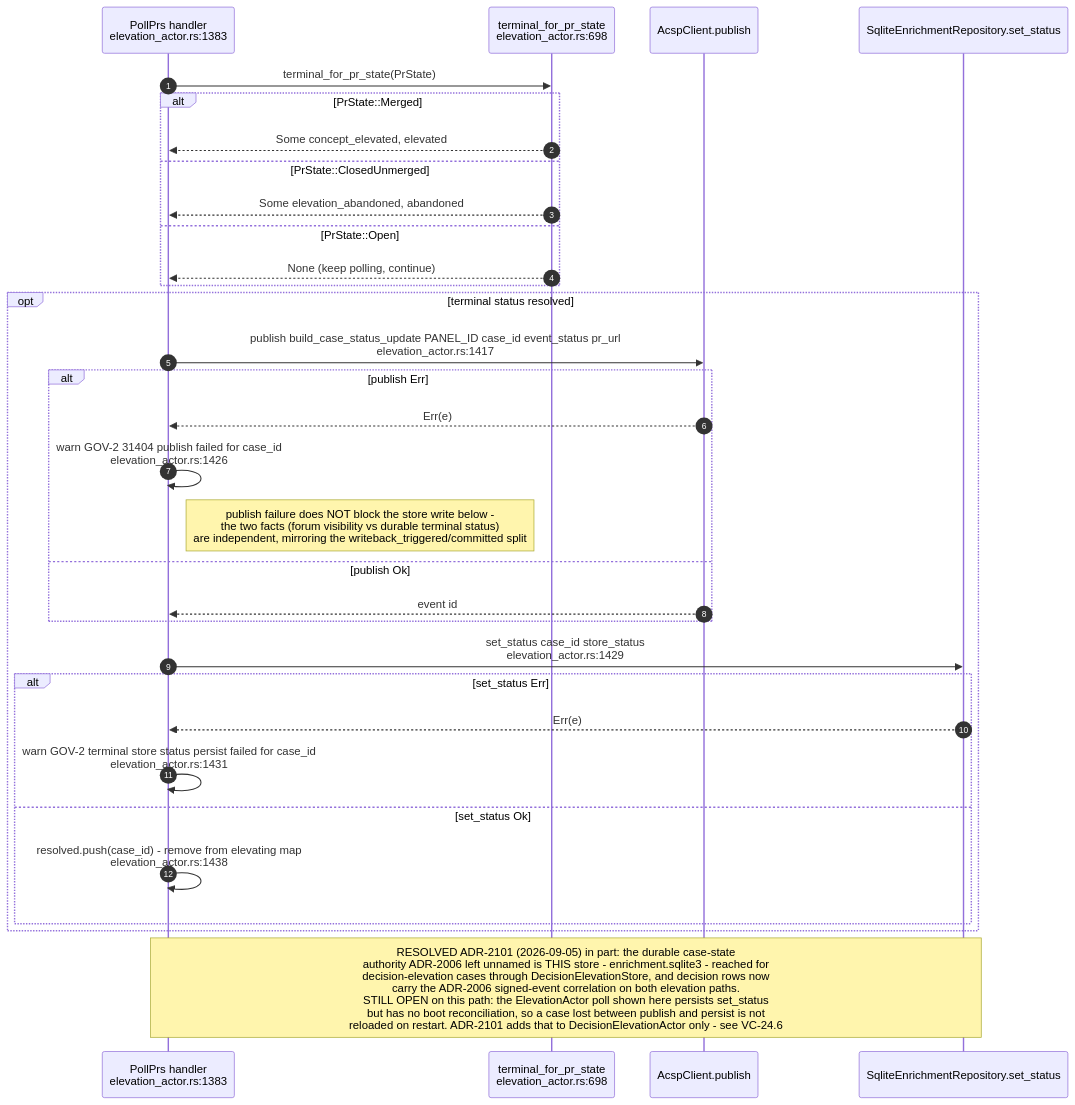
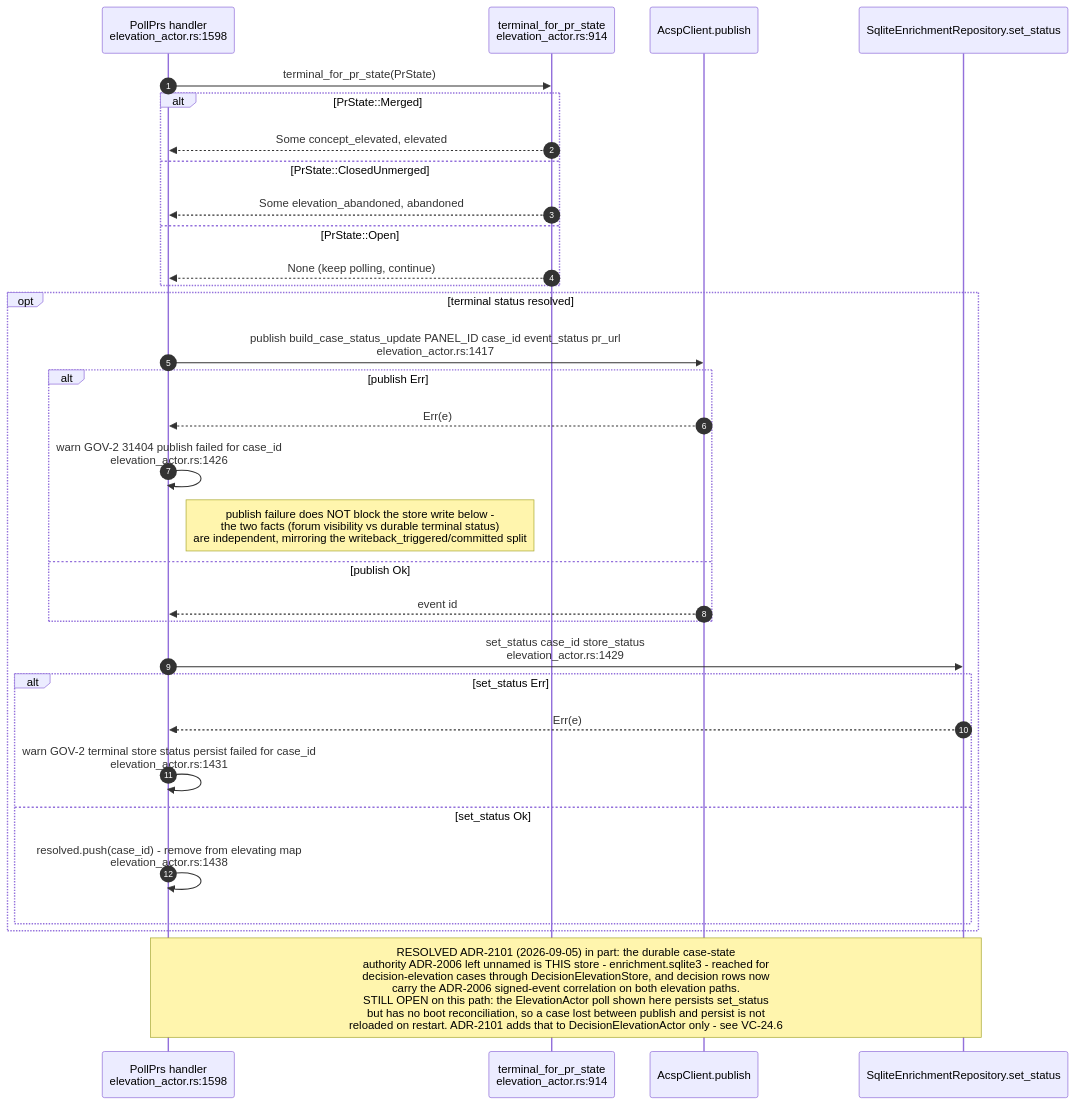
Before and after one commit to DreamLab-AI/VisionFlow: the fifth of 11 diagrams in docs/diagrams/visionclaw/24-acsp-decision-elevation.md, drawn with Mermaid. The commit also changed other lines of this file and 111 other files, not shown here.

Commit message:
docs(diagrams): align estate maps with current source

````diff
--- a/docs/diagrams/visionclaw/24-acsp-decision-elevation.md
+++ b/docs/diagrams/visionclaw/24-acsp-decision-elevation.md
@@ -198,34 +199,34 @@
 ```mermaid
 sequenceDiagram
     autonumber
-    participant POLL as PollPrs handler<br/>elevation_actor.rs:1383
-    participant MAP as terminal_for_pr_state<br/>elevation_actor.rs:698
+    participant POLL as PollPrs handler<br/>elevation_actor.rs:1598
+    participant MAP as terminal_for_pr_state<br/>elevation_actor.rs:914
     participant ACSP as AcspClient.publish
     participant REPO as SqliteEnrichmentRepository.set_status
     POLL->>MAP: terminal_for_pr_state(PrState)
     alt PrState::Merged
         MAP-->>POLL: Some concept_elevated, elevated
     else PrState::ClosedUnmerged
         MAP-->>POLL: Some elevation_abandoned, abandoned
     else PrState::Open
         MAP-->>POLL: None (keep polling, continue)
     end
     opt terminal status resolved
         POLL->>ACSP: publish build_case_status_update PANEL_ID case_id event_status pr_url<br/>elevation_actor.rs:1417
         alt publish Err
             ACSP-->>POLL: Err(e)
             POLL->>POLL: warn GOV-2 31404 publish failed for case_id<br/>elevation_actor.rs:1426
             Note right of POLL: publish failure does NOT block the store write below -<br/>the two facts (forum visibility vs durable terminal status)<br/>are independent, mirroring the writeback_triggered/committed split
         else publish Ok
             ACSP-->>POLL: event id
         end
         POLL->>REPO: set_status case_id store_status<br/>elevation_actor.rs:1429
         alt set_status Err
             REPO-->>POLL: Err(e)
             POLL->>POLL: warn GOV-2 terminal store status persist failed for case_id<br/>elevation_actor.rs:1431
         else set_status Ok
             POLL->>POLL: resolved.push(case_id) - remove from elevating map<br/>elevation_actor.rs:1438
         end
     end
     Note over POLL,REPO: RESOLVED ADR-2101 (2026-09-05) in part: the durable case-state<br/>authority ADR-2006 left unnamed is THIS store - enrichment.sqlite3 - reached for<br/>decision-elevation cases through DecisionElevationStore, and decision rows now<br/>carry the ADR-2006 signed-event correlation on both elevation paths.<br/>STILL OPEN on this path: the ElevationActor poll shown here persists set_status<br/>but has no boot reconciliation, so a case lost between publish and persist is not<br/>reloaded on restart. ADR-2101 adds that to DecisionElevationActor only - see VC-24.6
 ```
````
